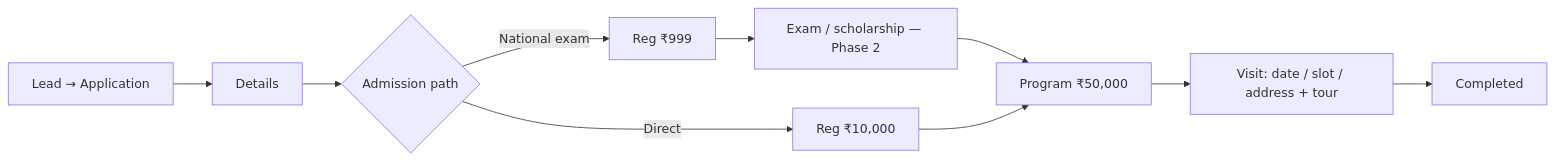
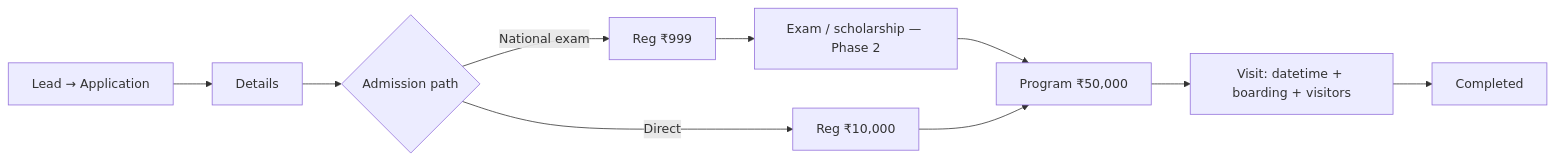
One commit to BharathTY/universityPortal changed the diagram in docs/ADMISSION_FLOW.md. Above: the diagram before and after it, drawn with Mermaid. The commit also changed other lines of this file and 43 other files, not shown here.

````diff
--- a/docs/ADMISSION_FLOW.md
+++ b/docs/ADMISSION_FLOW.md
@@ -5,12 +5,12 @@
 ```mermaid
 flowchart LR
   A[Lead → Application] --> B[Details]
   B --> C{Admission path}
   C -->|National exam| D[Reg ₹999]
   C -->|Direct| E[Reg ₹10,000]
   D --> F[Exam / scholarship — Phase 2]
   F --> G[Program ₹50,000]
   E --> G
-  G --> H[Visit: date / slot / address + tour]
+  G --> H[Visit: datetime + boarding + visitors]
   H --> I[Completed]
 ```
````
